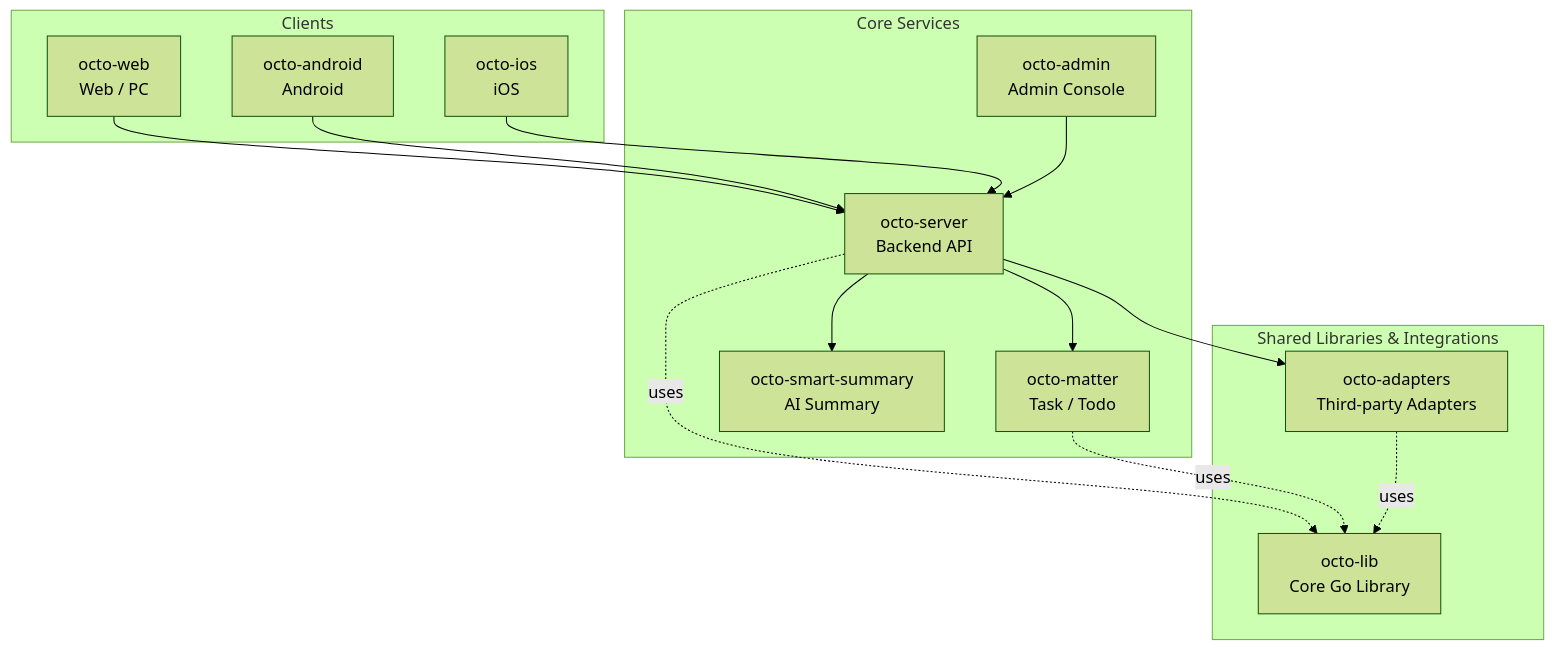
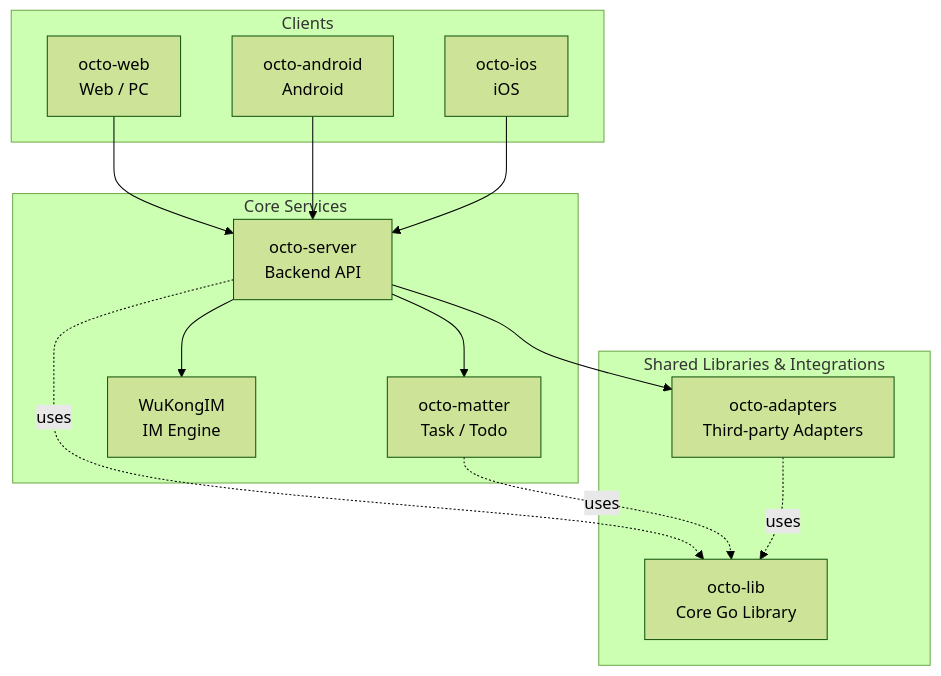
The diagram in README.md (Mininglamp-OSS/octo-matter), drawn with Mermaid (forest theme) before and after one commit. The commit also changed other lines of this file and 44 other files, not shown here.

````diff
--- a/README.md
+++ b/README.md
@@ -89,31 +89,29 @@
 ```mermaid
 graph TD
   subgraph Clients[Clients]
     Web[octo-web<br/>Web / PC]
     Android[octo-android<br/>Android]
     iOS[octo-ios<br/>iOS]
   end
 
   subgraph Core[Core Services]
     Server[octo-server<br/>Backend API]
     Matter[octo-matter<br/>Task / Todo]
-    Summary[octo-smart-summary<br/>AI Summary]
-    Admin[octo-admin<br/>Admin Console]
+    IM[WuKongIM<br/>IM Engine]
   end
 
   subgraph Shared[Shared Libraries & Integrations]
     Lib[octo-lib<br/>Core Go Library]
     Adapters[octo-adapters<br/>Third-party Adapters]
   end
 
   Web --> Server
   Android --> Server
   iOS --> Server
-  Admin --> Server
   Server --> Matter
-  Server --> Summary
+  Server --> IM
   Server --> Adapters
   Server -.uses.-> Lib
   Matter -.uses.-> Lib
   Adapters -.uses.-> Lib
 ```
````
